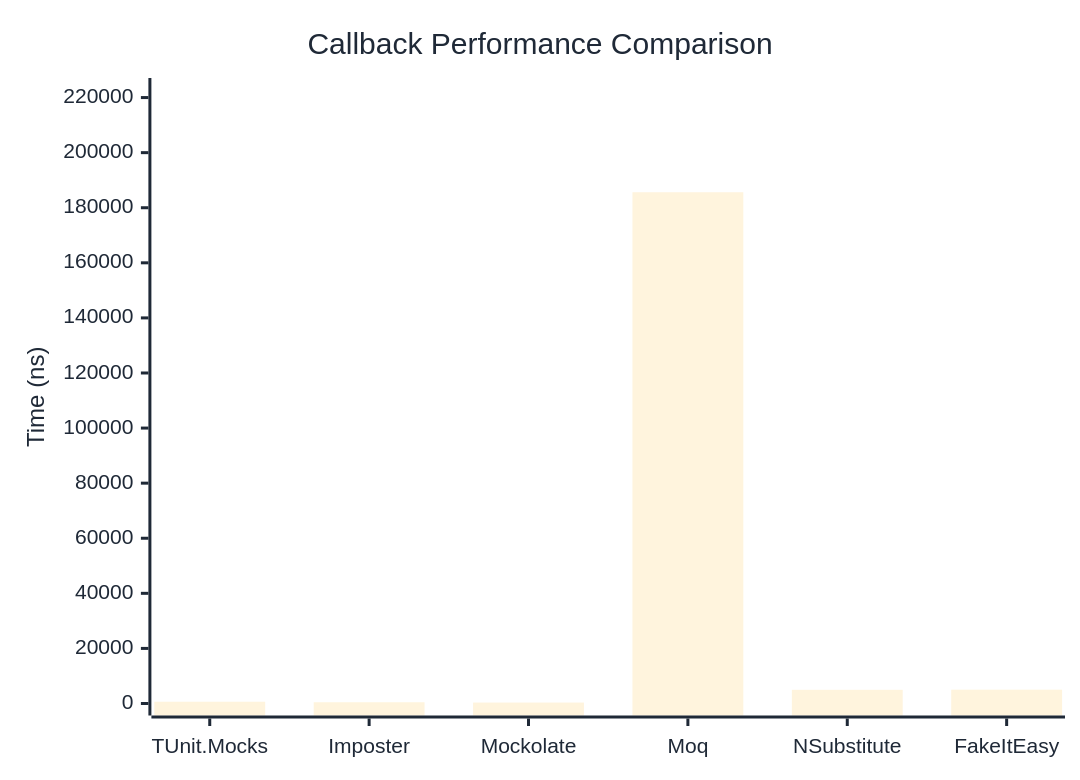
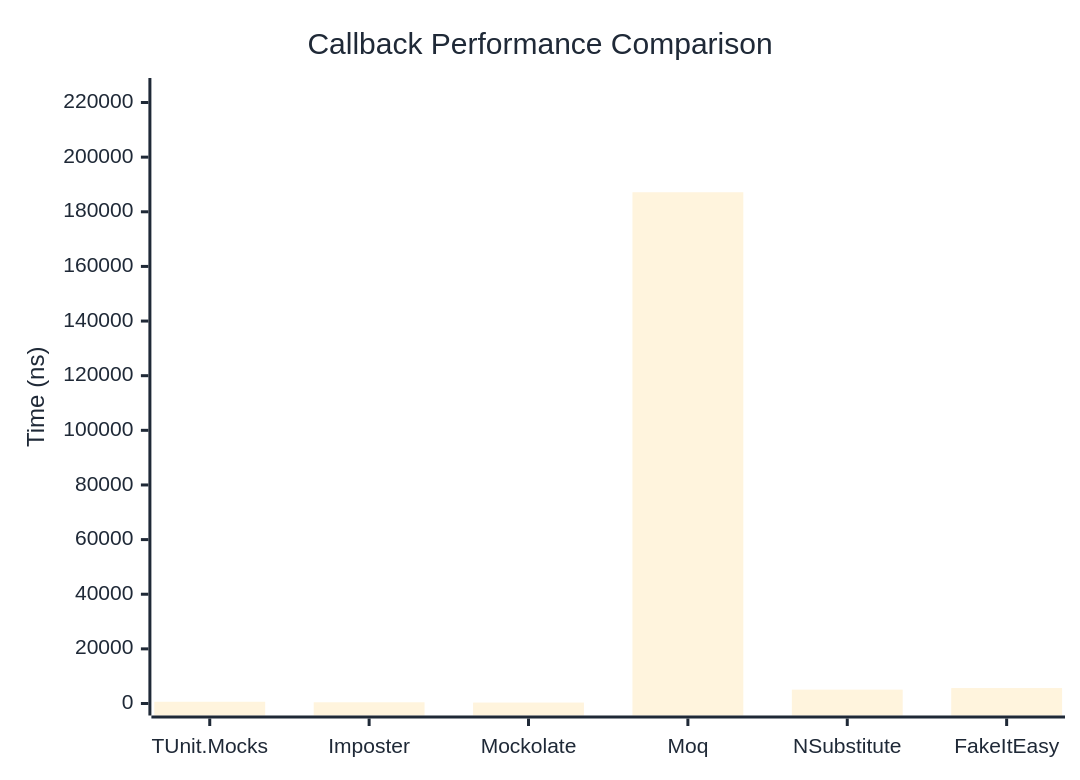
Before and after one commit to thomhurst/TUnit: the first of 2 diagrams in docs/docs/benchmarks/mocks/Callback.md, drawn with Mermaid. The commit also changed other lines of this file and 14 other files, not shown here.

````diff
--- a/docs/docs/benchmarks/mocks/Callback.md
+++ b/docs/docs/benchmarks/mocks/Callback.md
@@ -30,27 +30,27 @@
 ```mermaid
 %%{init: {
   'theme':'base',
   'themeVariables': {
     'primaryColor': '#2563eb',
     'primaryTextColor': '#1f2937',
     'primaryBorderColor': '#1e40af',
     'lineColor': '#6b7280',
     'secondaryColor': '#7c3aed',
     'tertiaryColor': '#dc2626',
     'background': '#ffffff',
     'pie1': '#2563eb',
     'pie2': '#7c3aed',
     'pie3': '#dc2626',
     'pie4': '#f59e0b',
     'pie5': '#10b981',
     'pie6': '#06b6d4',
     'pie7': '#ec4899',
     'pie8': '#6366f1'
   }
 }}%%
 xychart-beta
   title "Callback Performance Comparison"
   x-axis ["TUnit.Mocks", "Imposter", "Mockolate", "Moq", "NSubstitute", "FakeItEasy"]
-  y-axis "Time (ns)" 0 --> 222747
-  bar [641.1, 452.1, 342, 185622.1, 4972.4, 5014.5]
+  y-axis "Time (ns)" 0 --> 224581
+  bar [635.5, 445.3, 338.5, 187150.6, 5072.3, 5654.7]
 ```
````
